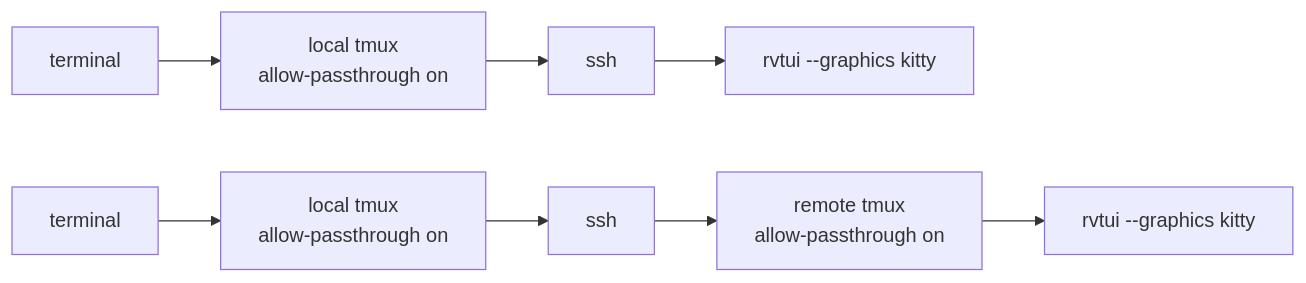
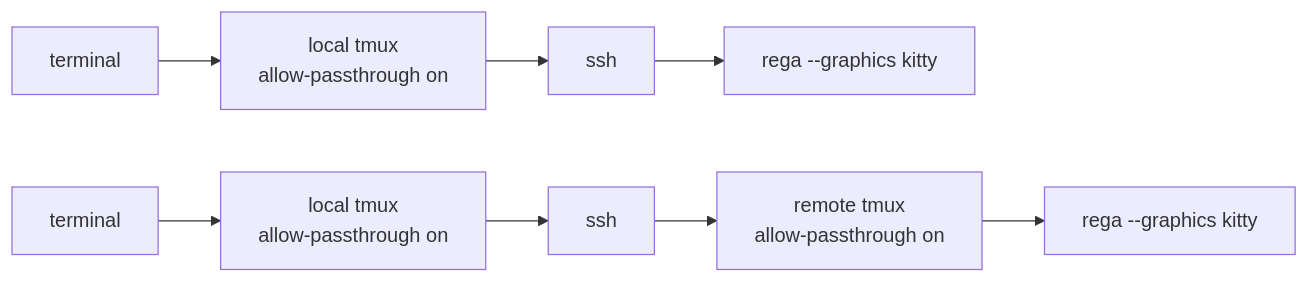
Before and after one commit to Elyg/rega: the third of 3 diagrams in docs/src/setup.md, drawn with Mermaid. The commit also changed other lines of this file and 165 other files, not shown here.

Commit message:
Rename rvtui to rega

````diff
--- a/docs/src/setup.md
+++ b/docs/src/setup.md
@@ -64,5 +64,5 @@
 ```mermaid
 flowchart LR
-  T[terminal] --> X["local tmux<br/>allow-passthrough on"] --> S[ssh] --> R["rvtui --graphics kitty"]
-  T2[terminal] --> X2["local tmux<br/>allow-passthrough on"] --> S2[ssh] --> X3["remote tmux<br/>allow-passthrough on"] --> R2["rvtui --graphics kitty"]
+  T[terminal] --> X["local tmux<br/>allow-passthrough on"] --> S[ssh] --> R["rega --graphics kitty"]
+  T2[terminal] --> X2["local tmux<br/>allow-passthrough on"] --> S2[ssh] --> X3["remote tmux<br/>allow-passthrough on"] --> R2["rega --graphics kitty"]
 ```
````
